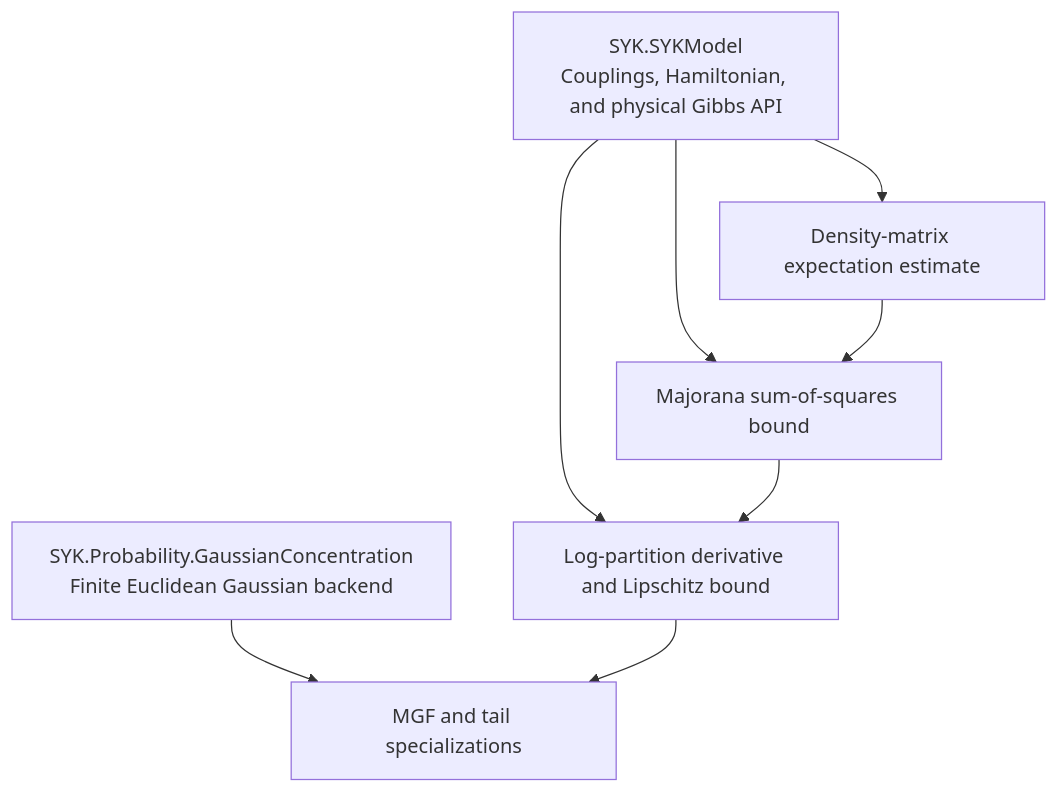
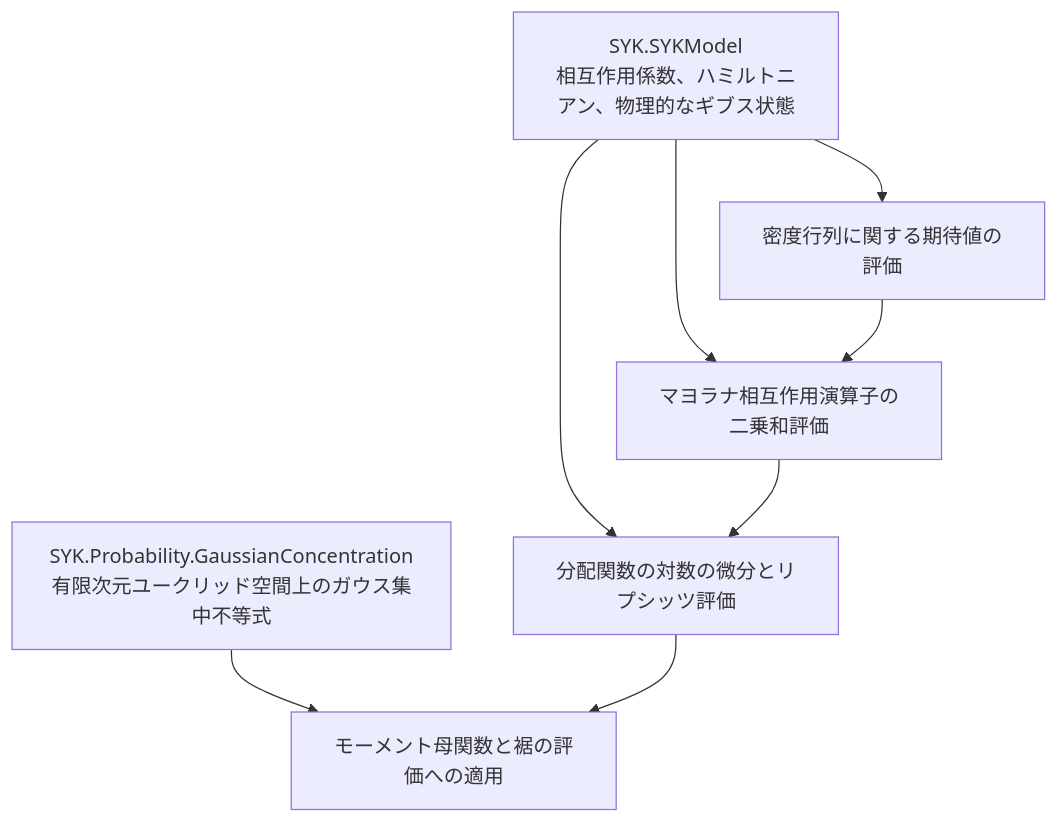
One commit to TokyoProbabilityGroup/SYK_CLT changed the diagram in super_concentration/ARCHITECTURE.md. Above: the diagram before and after it, drawn with Mermaid. The commit also changed other lines of this file and 11 other files, not shown here.

````diff
--- a/super_concentration/ARCHITECTURE.md
+++ b/super_concentration/ARCHITECTURE.md
@@ -11,17 +11,17 @@
 ```mermaid
 flowchart TD
-    gaussian["SYK.Probability.GaussianConcentration<br/>Finite Euclidean Gaussian backend"]
-    model["SYK.SYKModel<br/>Couplings, Hamiltonian, and physical Gibbs API"]
-    density["Density-matrix expectation estimate"]
-    majorana["Majorana sum-of-squares bound"]
-    lipschitz["Log-partition derivative and Lipschitz bound"]
-    concentration["MGF and tail specializations"]
+    gaussian["SYK.Probability.GaussianConcentration<br/>有限次元ユークリッド空間上のガウス集中不等式"]
+    model["SYK.SYKModel<br/>相互作用係数、ハミルトニアン、物理的なギブス状態"]
+    density["密度行列に関する期待値の評価"]
+    majorana["マヨラナ相互作用演算子の二乗和評価"]
+    lipschitz["分配関数の対数の微分とリプシッツ評価"]
+    concentration["モーメント母関数と裾の評価への適用"]
 
     gaussian --> concentration
     model --> density
     model --> majorana
     model --> lipschitz
     density --> majorana
     majorana --> lipschitz
     lipschitz --> concentration
 ```
````
